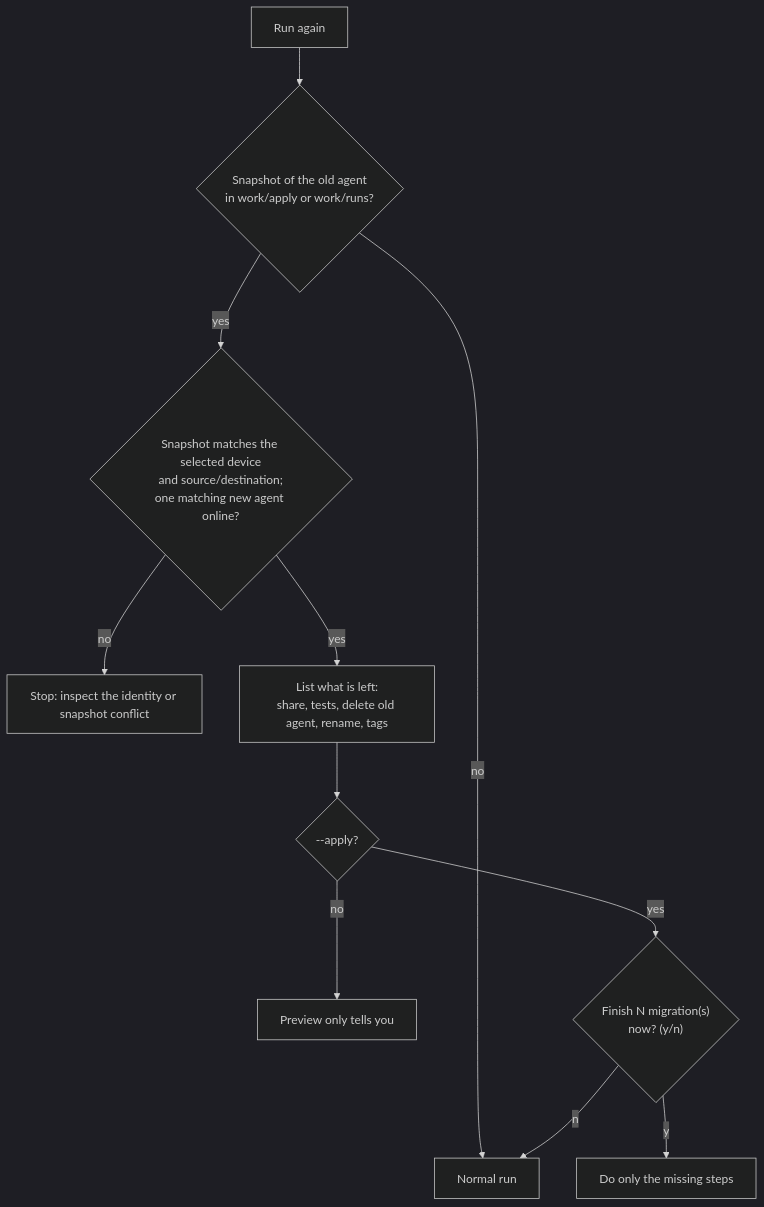
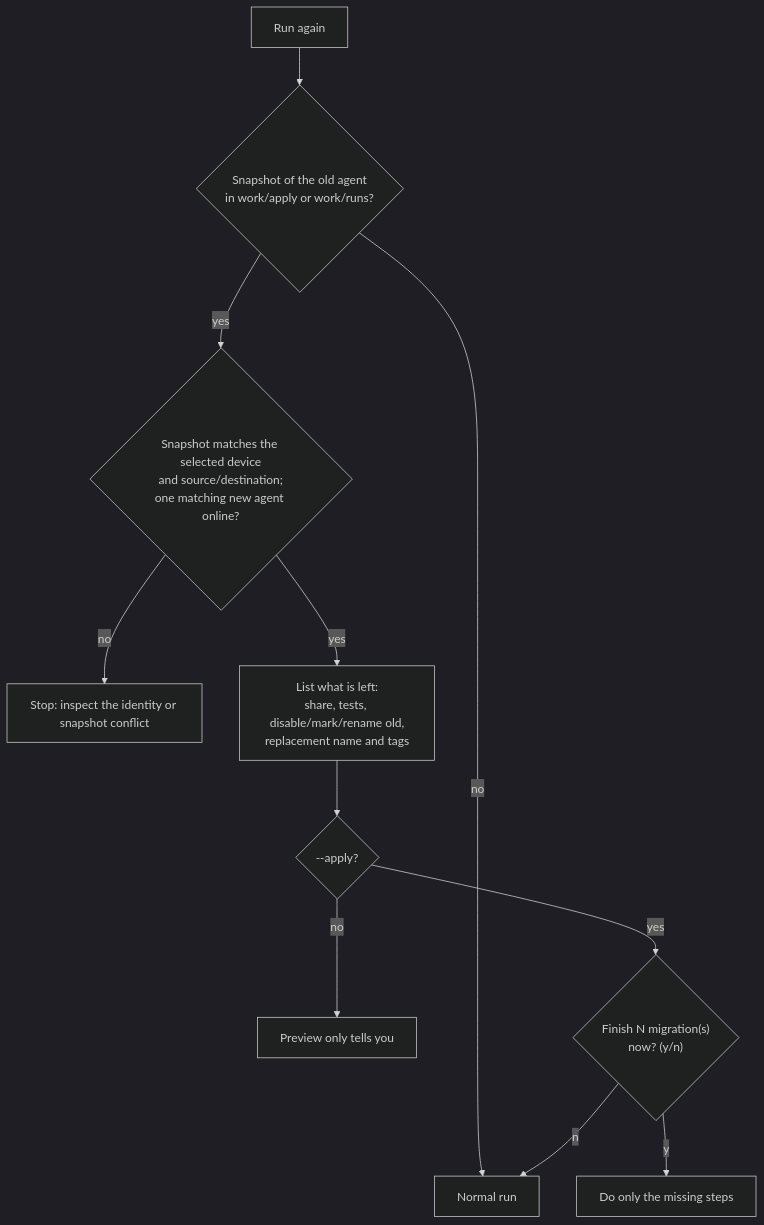
The fourth of 5 diagrams in TE_AGENT_MIGRATE_MINIMAL_REQUIREMENTS/README.md (miherna2/te_ea_account_transfer), drawn with Mermaid (dark theme) before and after one commit. The commit also changed other lines of this file and 6 other files, not shown here.

````diff
--- a/TE_AGENT_MIGRATE_MINIMAL_REQUIREMENTS/README.md
+++ b/TE_AGENT_MIGRATE_MINIMAL_REQUIREMENTS/README.md
@@ -331,13 +343,13 @@
 ```mermaid
 flowchart TD
     R["Run again"] --> S{"Snapshot of the old agent<br/>in work/apply or work/runs?"}
     S -- no --> N["Normal run"]
     S -- yes --> O{"Snapshot matches the selected device<br/>and source/destination;<br/>one matching new agent online?"}
     O -- no --> BLOCK["Stop: inspect the identity or snapshot conflict"]
-    O -- yes --> L["List what is left:<br/>share, tests, delete old agent, rename, tags"]
+    O -- yes --> L["List what is left:<br/>share, tests, disable/mark/rename old,<br/>replacement name and tags"]
     L --> P{"--apply?"}
     P -- no --> I["Preview only tells you"]
     P -- yes --> Q{"Finish N migration(s)<br/>now? (y/n)"}
     Q -- y --> D["Do only the missing steps"]
     Q -- n --> N
 ```
````
